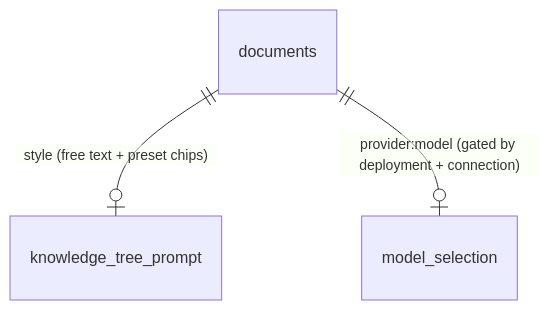
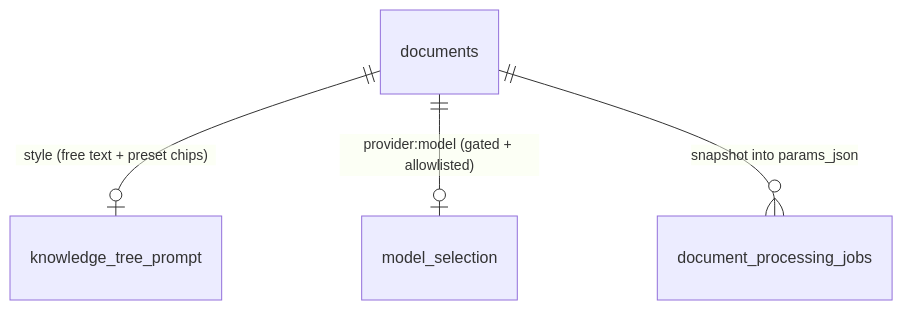
Before and after one commit to Keyhole-Koro/Synthify: the second of 6 diagrams in docs/architecture/model-and-style-selection-design.md, drawn with Mermaid. The commit also changed other lines of this file and 5 other files, not shown here.

Commit message:
docs: define model selection and provider contracts

````diff
--- a/docs/architecture/model-and-style-selection-design.md
+++ b/docs/architecture/model-and-style-selection-design.md
@@ -109,5 +146,6 @@
 ```mermaid
 erDiagram
     documents ||--o| knowledge_tree_prompt : "style (free text + preset chips)"
-    documents ||--o| model_selection : "provider:model (gated by deployment + connection)"
+    documents ||--o| model_selection : "provider:model (gated + allowlisted)"
+    documents ||--o{ document_processing_jobs : "snapshot into params_json"
 ```
````
